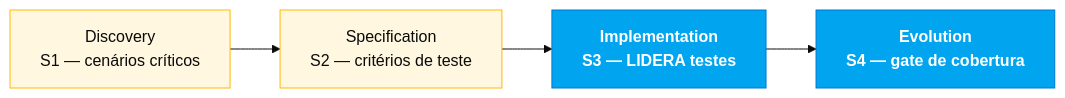
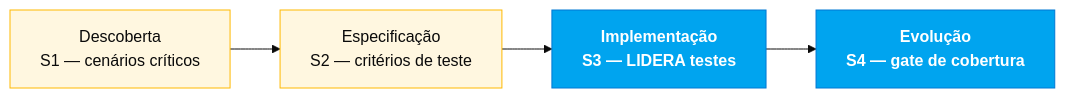
The diagram in pt-br/persona-kits/08-qa-engineer/PERSONA.md (paulasilvatech/hackathon-datacorp-team-kit), drawn with Mermaid (base theme) before and after one commit. The commit also changed other lines of this file and 172 other files, not shown here.

````diff
--- a/pt-br/persona-kits/08-qa-engineer/PERSONA.md
+++ b/pt-br/persona-kits/08-qa-engineer/PERSONA.md
@@ -19,12 +19,12 @@
 ```mermaid
 flowchart LR
  classDef current fill:#00A4EF,stroke:#0078D4,color:#fff,font-weight:bold
  classDef support fill:#FFF7E0,stroke:#FFB900,color:#0A0A0A
 
- D[Discovery<br/>S1 — cenários críticos]:::support
- SP[Specification<br/>S2 — critérios de teste]:::support
- IM[Implementation<br/>S3 — LIDERA testes]:::current
- EV[Evolution<br/>S4 — gate de cobertura]:::current
+ D[Descoberta<br/>S1 — cenários críticos]:::support
+ SP[Especificação<br/>S2 — critérios de teste]:::support
+ IM[Implementação<br/>S3 — LIDERA testes]:::current
+ EV[Evolução<br/>S4 — gate de cobertura]:::current
 
  D --> SP --> IM --> EV
 ```
````
